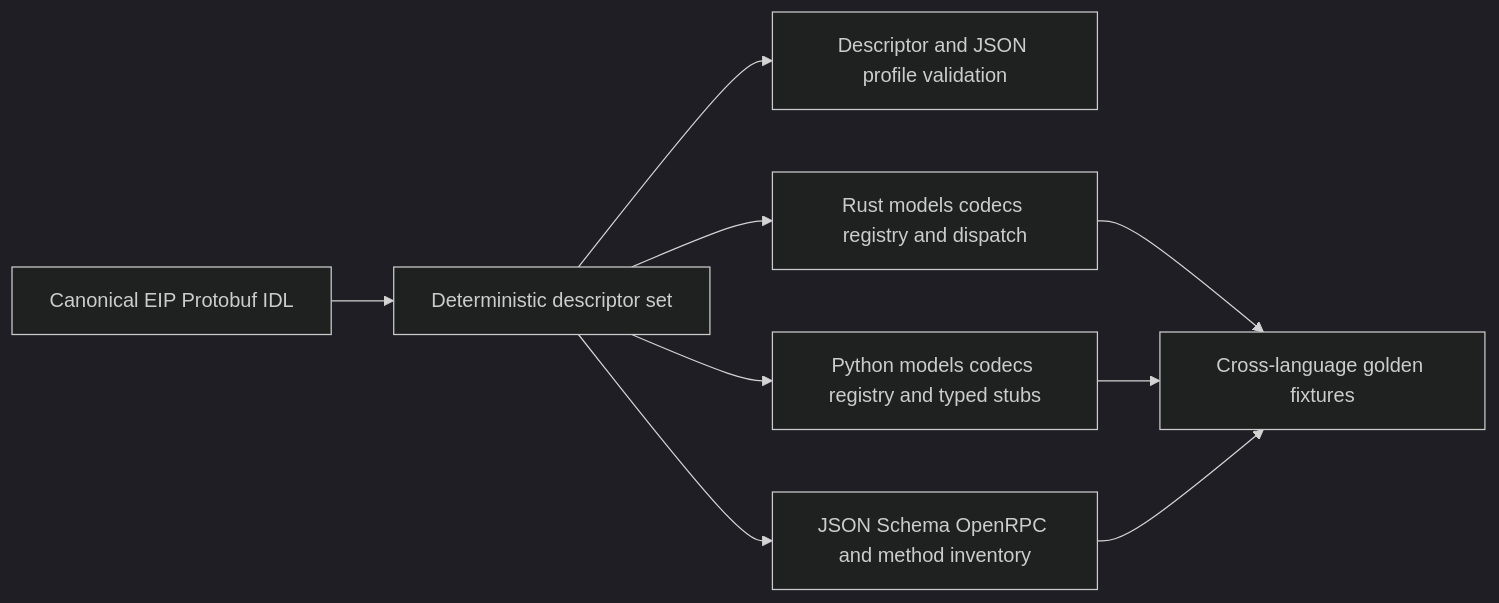
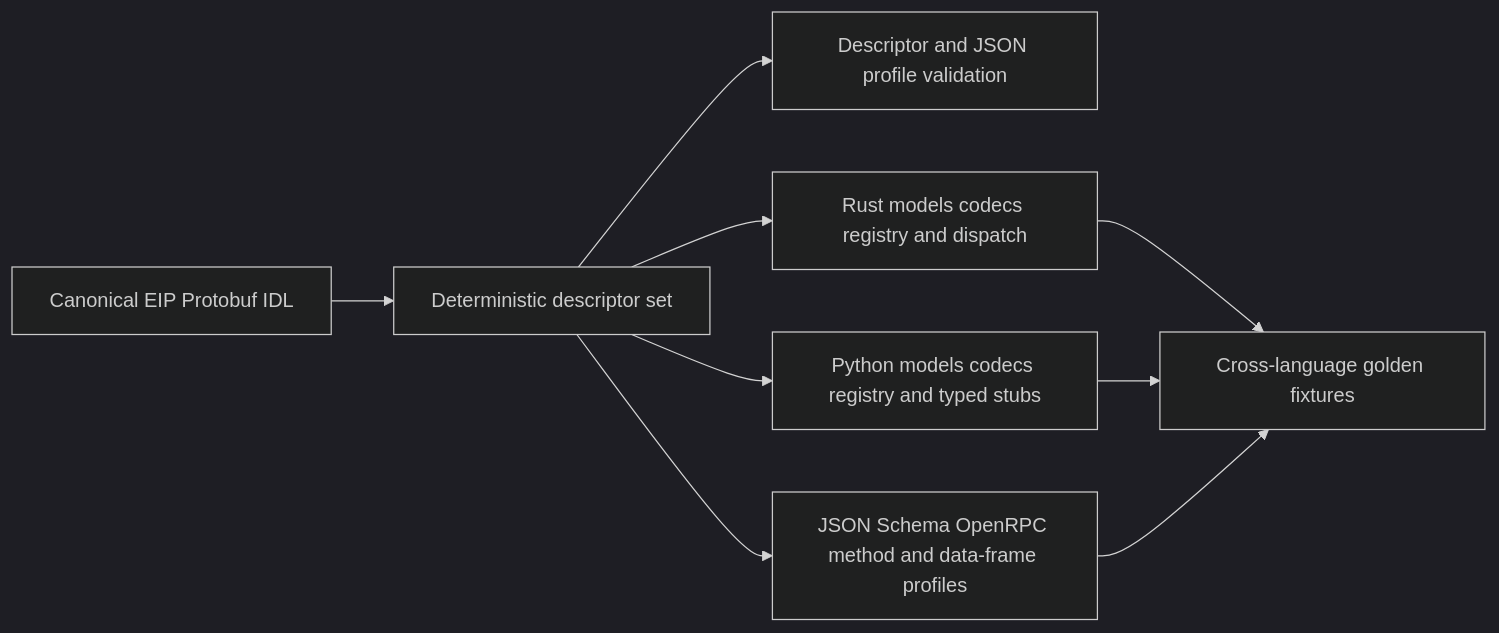
Before and after one commit to LTThreeComma/agent-foundation: the first of 2 diagrams in spec/agent-envd/08-protocol-source-client-and-generation.md, drawn with Mermaid (dark theme). The commit also changed other lines of this file and 12 other files, not shown here.

````diff
--- a/spec/agent-envd/08-protocol-source-client-and-generation.md
+++ b/spec/agent-envd/08-protocol-source-client-and-generation.md
@@ -78,11 +80,11 @@
 ```mermaid
 flowchart LR
     IDL[Canonical EIP Protobuf IDL] --> Descriptor[Deterministic descriptor set]
     Descriptor --> Lint[Descriptor and JSON profile validation]
     Descriptor --> Rust[Rust models codecs registry and dispatch]
     Descriptor --> Python[Python models codecs registry and typed stubs]
-    Descriptor --> Docs[JSON Schema OpenRPC and method inventory]
+    Descriptor --> Docs[JSON Schema OpenRPC method and data-frame profiles]
     Rust --> Fixtures[Cross-language golden fixtures]
     Python --> Fixtures
     Docs --> Fixtures
 ```
````
